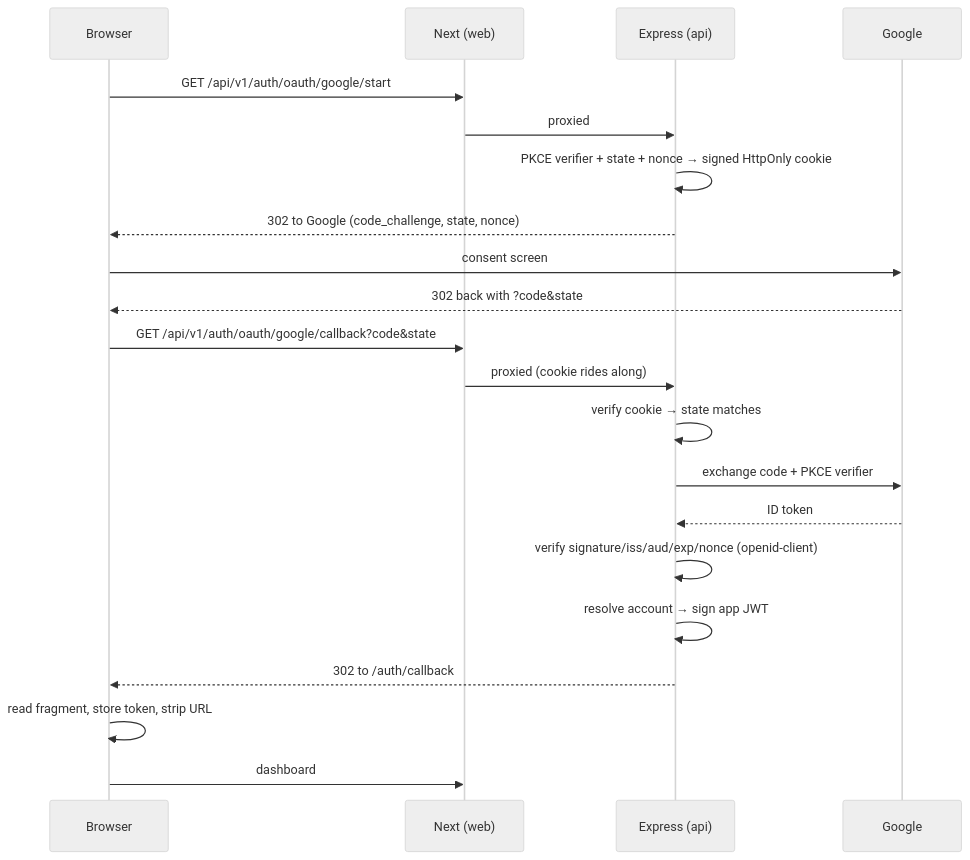
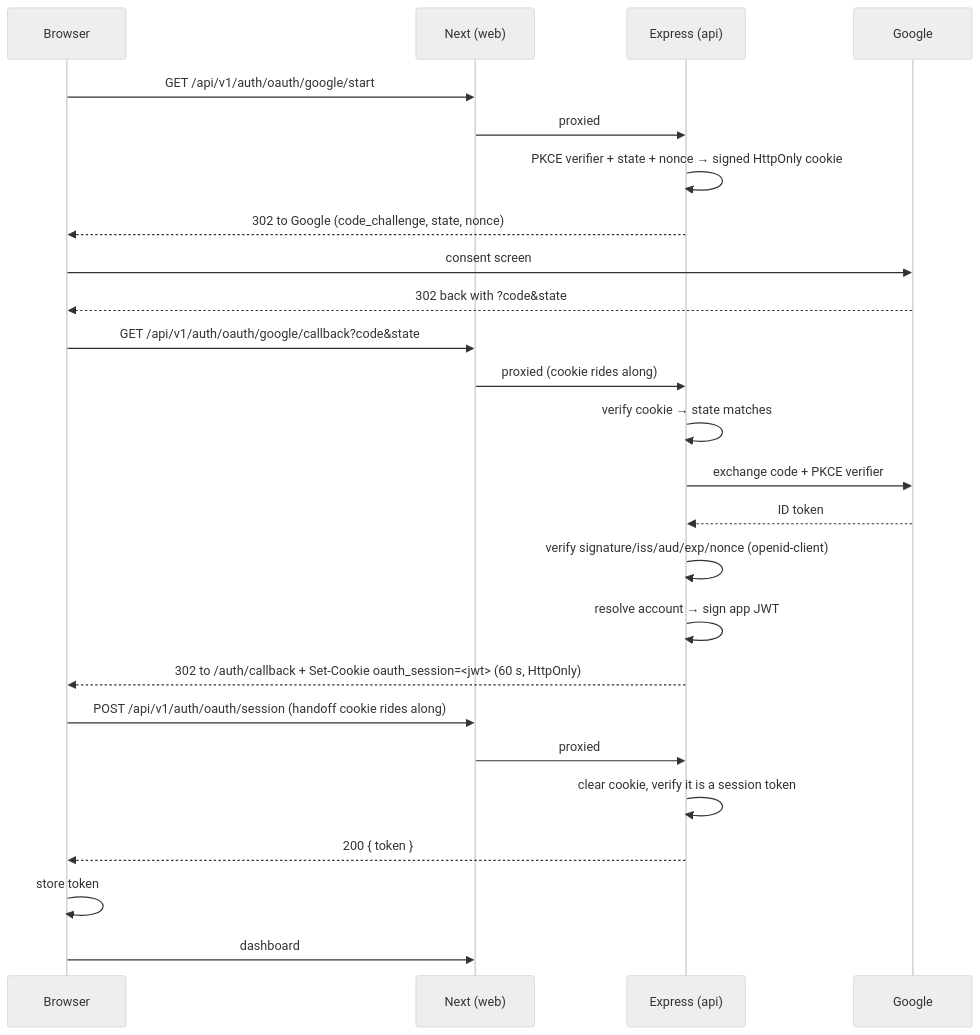
One commit to ashwaniarya/shop-management changed the diagram in docs/oauth-setup.md. Above: the diagram before and after it, drawn with Mermaid (neutral theme). The commit also changed other lines of this file and 16 other files, not shown here.

````diff
--- a/docs/oauth-setup.md
+++ b/docs/oauth-setup.md
@@ -78,24 +91,28 @@
 ```mermaid
 sequenceDiagram
     participant B as Browser
     participant W as Next (web)
     participant A as Express (api)
     participant G as Google
 
     B->>W: GET /api/v1/auth/oauth/google/start
     W->>A: proxied
     A->>A: PKCE verifier + state + nonce → signed HttpOnly cookie
     A-->>B: 302 to Google (code_challenge, state, nonce)
     B->>G: consent screen
     G-->>B: 302 back with ?code&state
     B->>W: GET /api/v1/auth/oauth/google/callback?code&state
     W->>A: proxied (cookie rides along)
     A->>A: verify cookie → state matches
     A->>G: exchange code + PKCE verifier
     G-->>A: ID token
     A->>A: verify signature/iss/aud/exp/nonce (openid-client)
     A->>A: resolve account → sign app JWT
-    A-->>B: 302 to /auth/callback#token=<jwt>
-    B->>B: read fragment, store token, strip URL
+    A-->>B: 302 to /auth/callback + Set-Cookie oauth_session=<jwt> (60 s, HttpOnly)
+    B->>W: POST /api/v1/auth/oauth/session (handoff cookie rides along)
+    W->>A: proxied
+    A->>A: clear cookie, verify it is a session token
+    A-->>B: 200 { token }
+    B->>B: store token
     B->>W: dashboard
 ```
````
